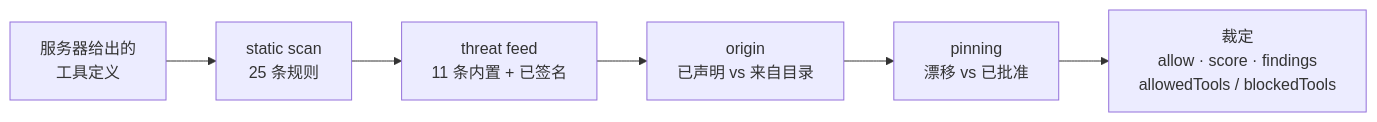
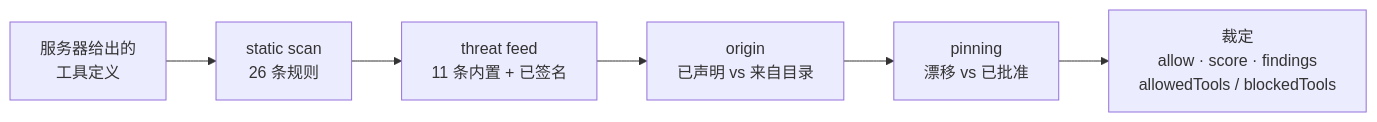
One commit to alexar76/warden changed the diagram in README-zh.md. Above: the diagram before and after it, drawn with Mermaid. The commit also changed other lines of this file and 22 other files, not shown here.

````diff
--- a/README-zh.md
+++ b/README-zh.md
@@ -132,8 +132,8 @@
 ```mermaid
 flowchart LR
-  T["服务器给出的<br/>工具定义"] --> S["static scan<br/>25 条规则"]
+  T["服务器给出的<br/>工具定义"] --> S["static scan<br/>26 条规则"]
   S --> F["threat feed<br/>11 条内置 + 已签名"]
   F --> O["origin<br/>已声明 vs 来自目录"]
   O --> P["pinning<br/>漂移 vs 已批准"]
   P --> V["裁定<br/>allow · score · findings<br/>allowedTools / blockedTools"]
 ```
````
